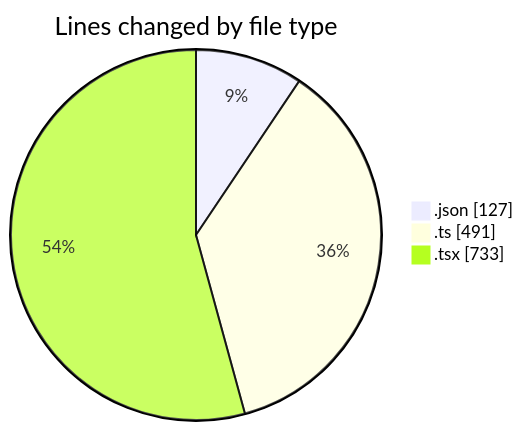
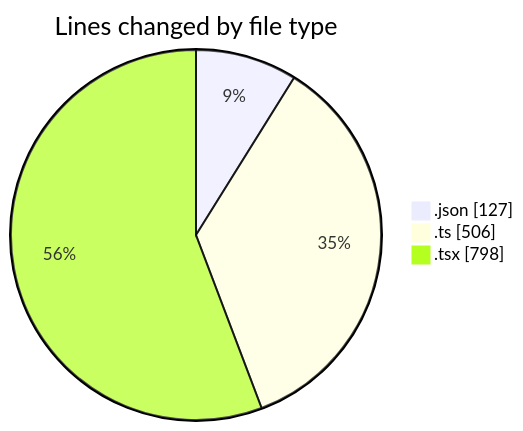
One commit to julien-gomy/code-tracking changed the first of 2 diagrams in 2025-11-12/eventscop-frontend-guide__workspace_/README.md. Above: the diagram before and after it, drawn with Mermaid. The commit also changed other lines of this file and 1 other file, not shown here.

````diff
--- a/2025-11-12/eventscop-frontend-guide__workspace_/README.md
+++ b/2025-11-12/eventscop-frontend-guide__workspace_/README.md
@@ -24,7 +24,7 @@
 ```mermaid
 pie showData
 title Lines changed by file type
 ".json" : 127
-".ts" : 491
-".tsx" : 733
+".ts" : 506
+".tsx" : 798
 ```
````
